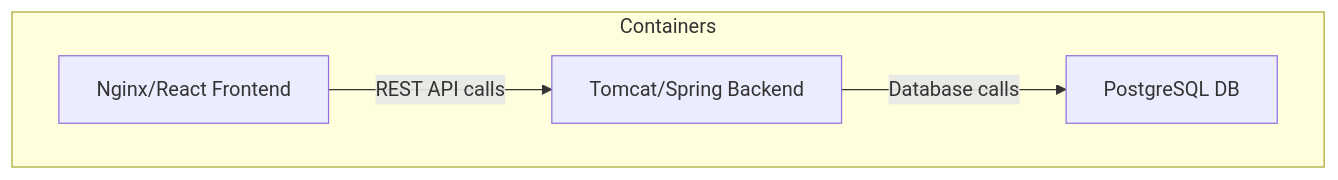
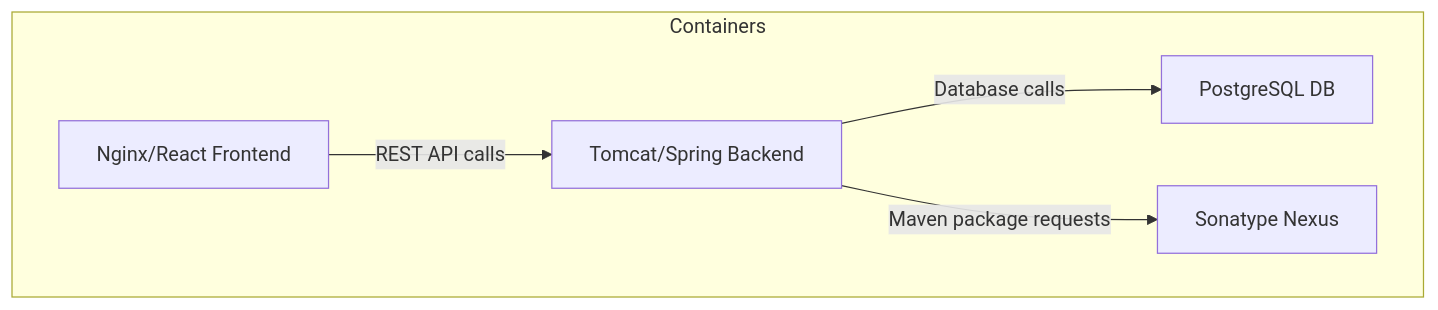
One commit to darkmusic/ai-forgot-these-cards changed the second of 2 diagrams in README.md. Above: the diagram before and after it, drawn with Mermaid. The commit also changed other lines of this file, not shown here.

Commit message:
feat: Update README to include Sonatype Nexus for optional Maven dependency caching

````diff
--- a/README.md
+++ b/README.md
@@ -80,11 +84,13 @@
 ```mermaid
 flowchart TD
     subgraph Containers
         A[Tomcat/Spring Backend]
         B[Nginx/React Frontend]
         C[PostgreSQL DB]
+        D[Sonatype Nexus]
     end
 
     B -->|REST API calls| A
     A -->|Database calls| C
+    A -->|Maven package requests| D
 ```
````
